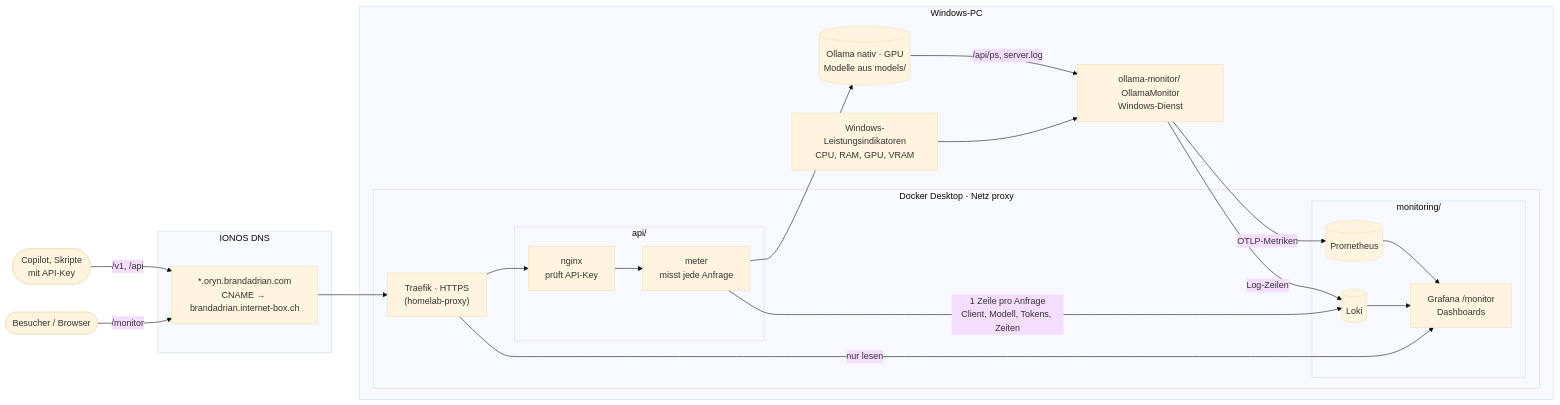
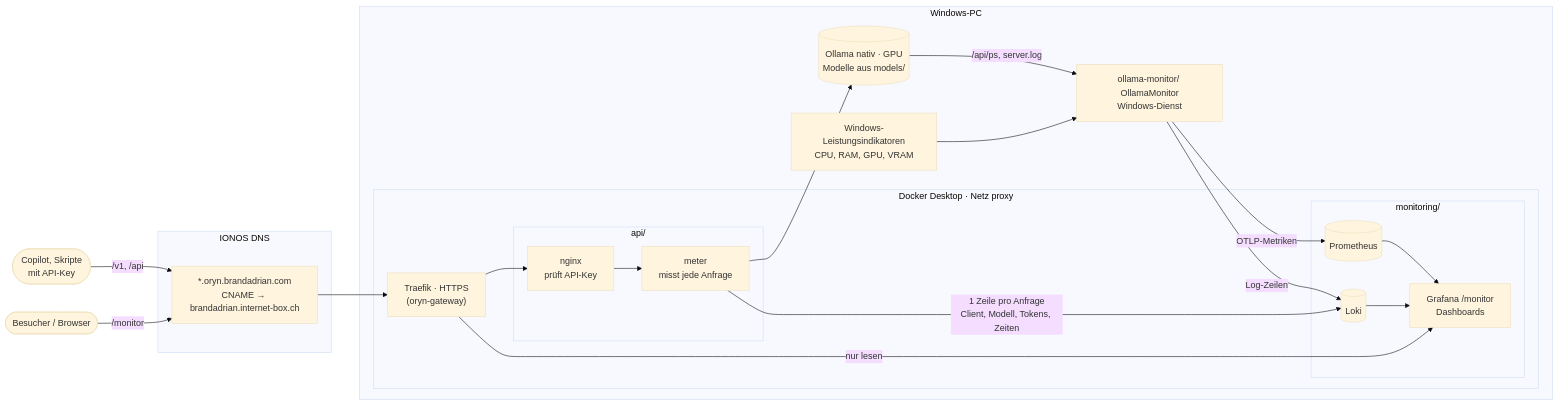
One commit to brandadrian/oryn-ai-portal changed the diagram in README.md. Above: the diagram before and after it, drawn with Mermaid (base theme). The commit also changed other lines of this file and 6 other files, not shown here.

````diff
--- a/README.md
+++ b/README.md
@@ -30,40 +29,40 @@
 ```mermaid
 flowchart LR
     client([Copilot, Skripte<br/>mit API-Key])
     visitor([Besucher / Browser])
 
     subgraph ionos[IONOS DNS]
         dns["*.oryn.brandadrian.com<br/>CNAME → brandadrian.internet-box.ch"]
     end
 
     subgraph pc[Windows-PC]
         system["Windows-Leistungsindikatoren<br/>CPU, RAM, GPU, VRAM"]
         ollama[("Ollama nativ · GPU<br/>Modelle aus models/")]
         monitor["ollama-monitor/ OllamaMonitor<br/>Windows-Dienst"]
 
         subgraph docker["Docker Desktop · Netz proxy"]
-            traefik["Traefik · HTTPS<br/>(homelab-proxy)"]
+            traefik["Traefik · HTTPS<br/>(oryn-gateway)"]
             subgraph api["api/"]
                 nginx["nginx<br/>prüft API-Key"]
                 meter["meter<br/>misst jede Anfrage"]
             end
             subgraph mon["monitoring/"]
                 prom[(Prometheus)]
                 loki[(Loki)]
                 grafana["Grafana /monitor<br/>Dashboards"]
             end
         end
     end
 
     client -- "/v1, /api" --> dns --> traefik
     visitor -- "/monitor" --> dns
     traefik --> nginx --> meter --> ollama
     traefik -- "nur lesen" --> grafana
     meter -- "1 Zeile pro Anfrage<br/>Client, Modell, Tokens, Zeiten" --> loki
     system --> monitor
     ollama -- "/api/ps, server.log" --> monitor
     monitor -- "OTLP-Metriken" --> prom
     monitor -- "Log-Zeilen" --> loki
     prom --> grafana
     loki --> grafana
 ```
````
